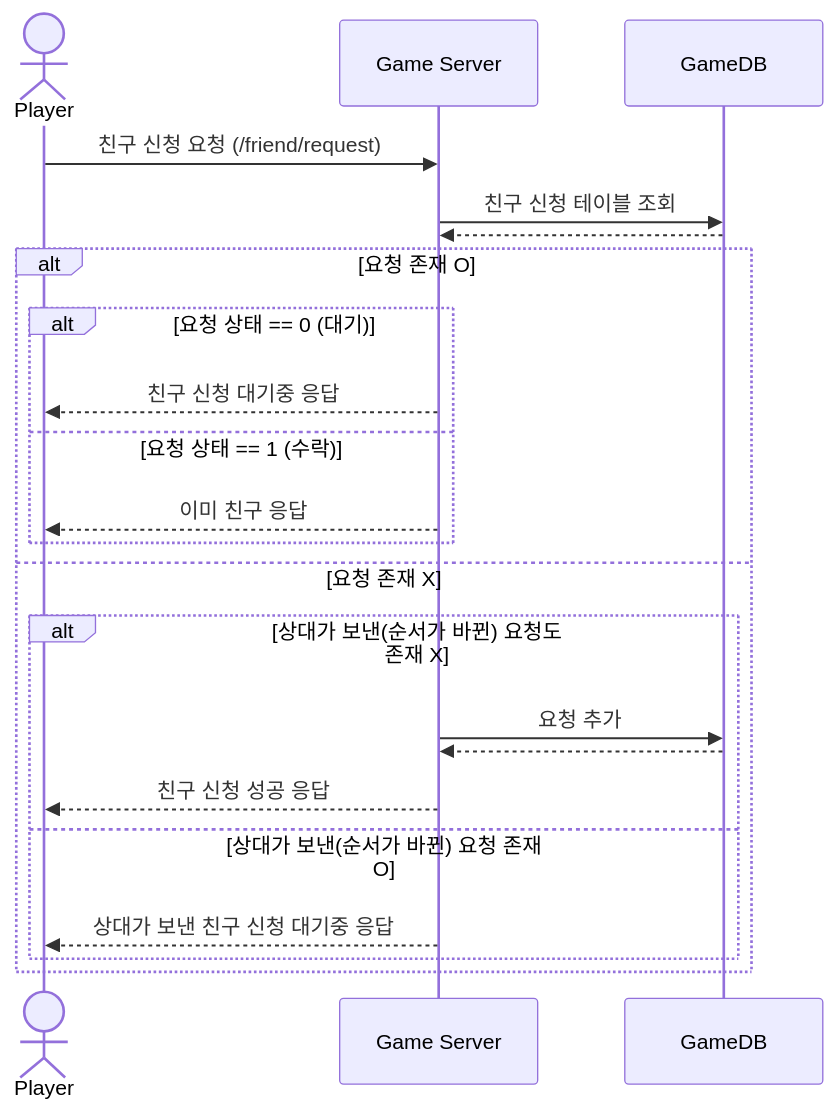
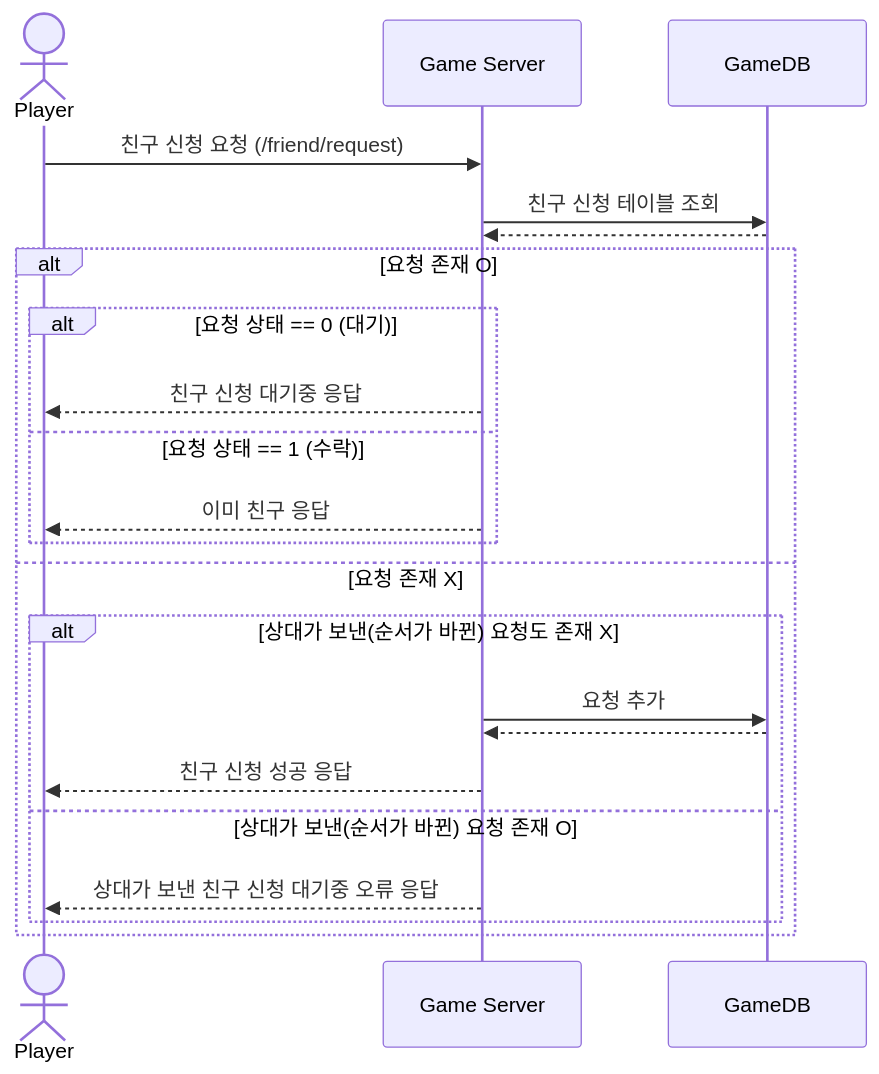
The third of 4 diagrams in SequenceDiagram/Friend.md (yujinS0/Omok-Game), drawn with Mermaid before and after one commit. The commit also changed other lines of this file, not shown here.

````diff
--- a/SequenceDiagram/Friend.md
+++ b/SequenceDiagram/Friend.md
@@ -49,30 +49,30 @@
 ```mermaid
 sequenceDiagram
 	actor Player
 	participant Game Server
   participant GameDB
 
 	Player ->> Game Server : 친구 신청 요청 (/friend/request)
 	Game Server ->> GameDB : 친구 신청 테이블 조회
 	GameDB -->> Game Server : 
 
 	alt 요청 존재 O
 		alt 요청 상태 == 0 (대기)
 			Game Server -->> Player : 친구 신청 대기중 응답
 	
 		else 요청 상태 == 1 (수락)
 			Game Server -->> Player : 이미 친구 응답
 		end
 	
 	else 요청 존재 X
 		alt 상대가 보낸(순서가 바뀐) 요청도 존재 X
 			Game Server ->> GameDB : 요청 추가
 			GameDB -->> Game Server :  
 			Game Server -->> Player : 친구 신청 성공 응답
 		else 상대가 보낸(순서가 바뀐) 요청 존재 O
-			Game Server -->> Player : 상대가 보낸 친구 신청 대기중 응답
+			Game Server -->> Player : 상대가 보낸 친구 신청 대기중 오류 응답
 		end
 	
 	end
 
 ```
````
